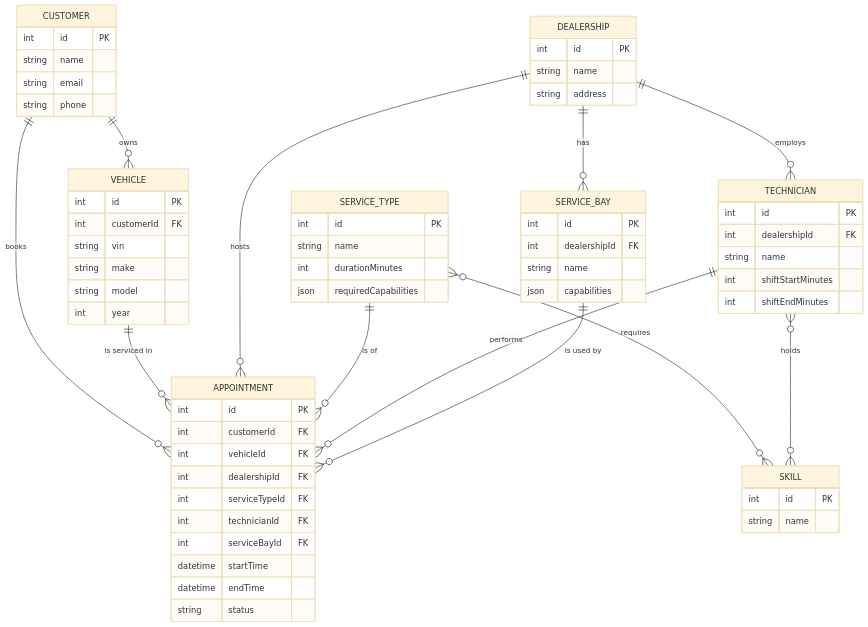
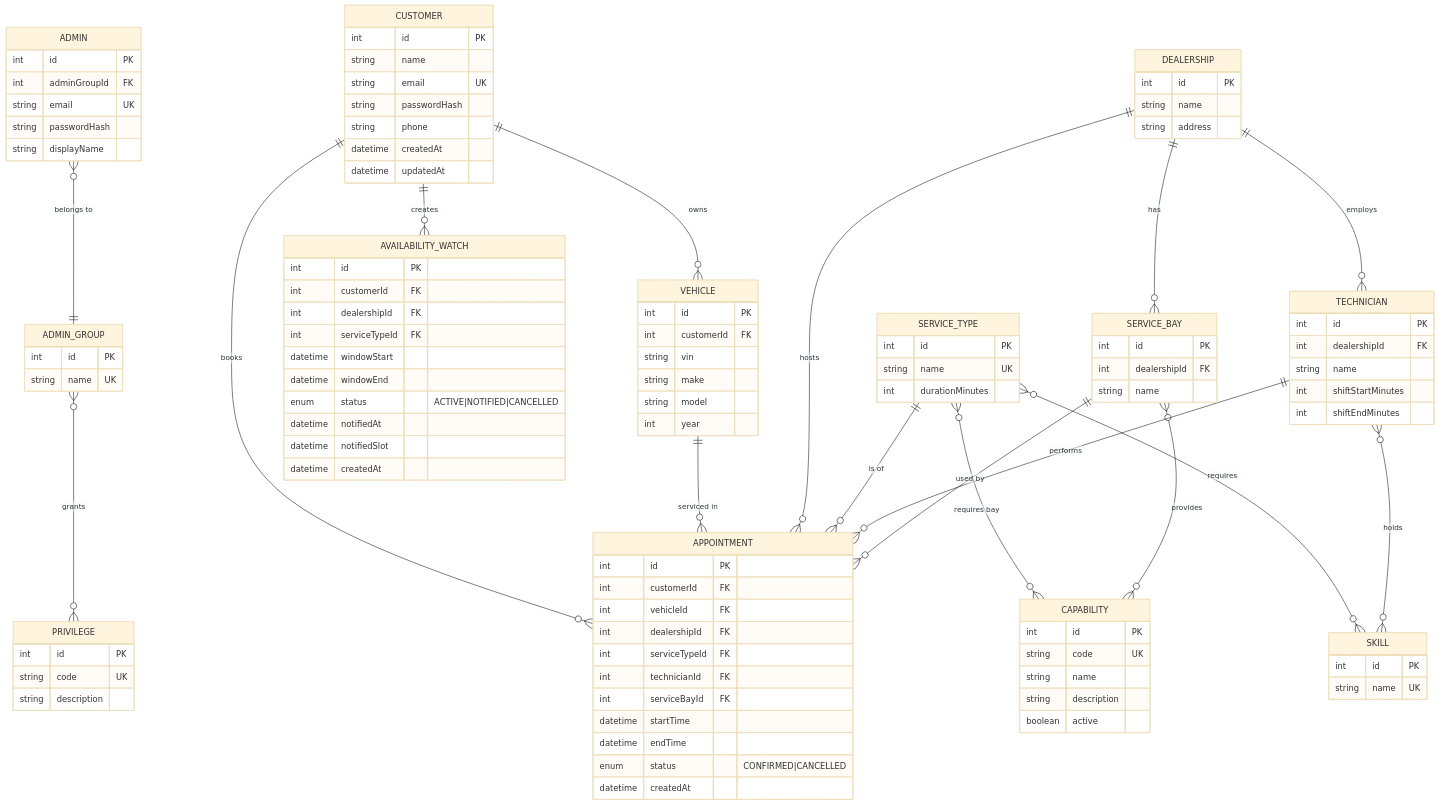
Before and after one commit to BaroPhan/keyloop-scenarioA: the first of 3 diagrams in SYSTEM_DESIGN.md, drawn with Mermaid (base theme). The commit also changed other lines of this file and 136 other files, not shown here.

````diff
--- a/SYSTEM_DESIGN.md
+++ b/SYSTEM_DESIGN.md
@@ -39,23 +60,124 @@
 ```mermaid
 erDiagram
+  ADMIN }o--|| ADMIN_GROUP : "belongs to"
+  ADMIN_GROUP }o--o{ PRIVILEGE : "grants"
+
   CUSTOMER ||--o{ VEHICLE : owns
   CUSTOMER ||--o{ APPOINTMENT : books
-  VEHICLE  ||--o{ APPOINTMENT : "is serviced in"
+  CUSTOMER ||--o{ AVAILABILITY_WATCH : creates
+  VEHICLE ||--o{ APPOINTMENT : "serviced in"
   DEALERSHIP ||--o{ SERVICE_BAY : has
   DEALERSHIP ||--o{ TECHNICIAN : employs
   DEALERSHIP ||--o{ APPOINTMENT : hosts
   SERVICE_TYPE ||--o{ APPOINTMENT : "is of"
   SERVICE_TYPE }o--o{ SKILL : requires
+  SERVICE_TYPE }o--o{ CAPABILITY : "requires bay"
   TECHNICIAN }o--o{ SKILL : holds
+  SERVICE_BAY }o--o{ CAPABILITY : provides
   TECHNICIAN ||--o{ APPOINTMENT : performs
-  SERVICE_BAY ||--o{ APPOINTMENT : "is used by"
+  SERVICE_BAY ||--o{ APPOINTMENT : "used by"
 
-  CUSTOMER { int id PK string name string email string phone }
-  VEHICLE { int id PK int customerId FK string vin string make string model int year }
-  DEALERSHIP { int id PK string name string address }
-  SERVICE_TYPE { int id PK string name int durationMinutes json requiredCapabilities }
-  SKILL { int id PK string name }
-  SERVICE_BAY { int id PK int dealershipId FK string name json capabilities }
-  TECHNICIAN { int id PK int dealershipId FK string name int shiftStartMinutes int shiftEndMinutes }
-  APPOINTMENT { int id PK int customerId FK int vehicleId FK int dealershipId FK int serviceTypeId FK int technicianId FK int serviceBayId FK datetime startTime datetime endTime string status }
+  CUSTOMER {
+    int id PK
+    string name
+    string email UK
+    string passwordHash
+    string phone
+    datetime createdAt
+    datetime updatedAt
+  }
+
+  ADMIN {
+    int id PK
+    int adminGroupId FK
+    string email UK
+    string passwordHash
+    string displayName
+  }
+
+  ADMIN_GROUP {
+    int id PK
+    string name UK
+  }
+
+  PRIVILEGE {
+    int id PK
+    string code UK
+    string description
+  }
+
+  DEALERSHIP {
+    int id PK
+    string name
+    string address
+  }
+
+  CAPABILITY {
+    int id PK
+    string code UK
+    string name
+    string description
+    boolean active
+  }
+
+  SKILL {
+    int id PK
+    string name UK
+  }
+
+  SERVICE_TYPE {
+    int id PK
+    string name UK
+    int durationMinutes
+  }
+
+  SERVICE_BAY {
+    int id PK
+    int dealershipId FK
+    string name
+  }
+
+  TECHNICIAN {
+    int id PK
+    int dealershipId FK
+    string name
+    int shiftStartMinutes
+    int shiftEndMinutes
+  }
+
+  APPOINTMENT {
+    int id PK
+    int customerId FK
+    int vehicleId FK
+    int dealershipId FK
+    int serviceTypeId FK
+    int technicianId FK
+    int serviceBayId FK
+    datetime startTime
+    datetime endTime
+    enum status "CONFIRMED|CANCELLED"
+    datetime createdAt
+  }
+
+  AVAILABILITY_WATCH {
+    int id PK
+    int customerId FK
+    int dealershipId FK
+    int serviceTypeId FK
+    datetime windowStart
+    datetime windowEnd
+    enum status "ACTIVE|NOTIFIED|CANCELLED"
+    datetime notifiedAt
+    datetime notifiedSlot
+    datetime createdAt
+  }
+
+  VEHICLE {
+    int id PK
+    int customerId FK
+    string vin
+    string make
+    string model
+    int year
+  }
 ```
````
